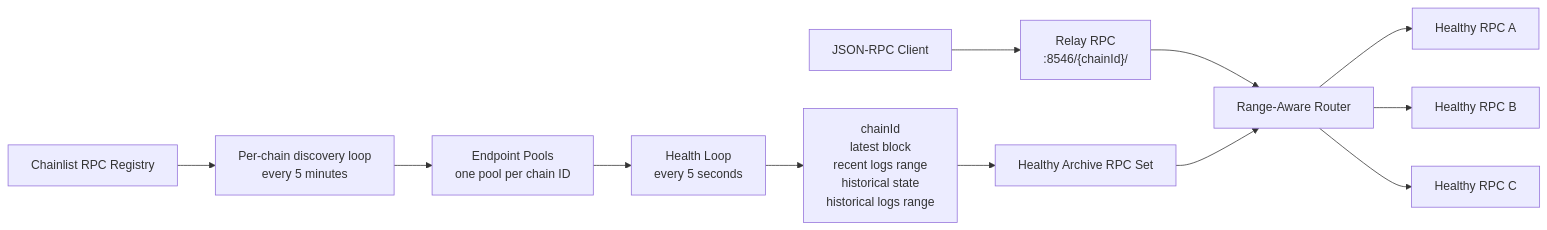
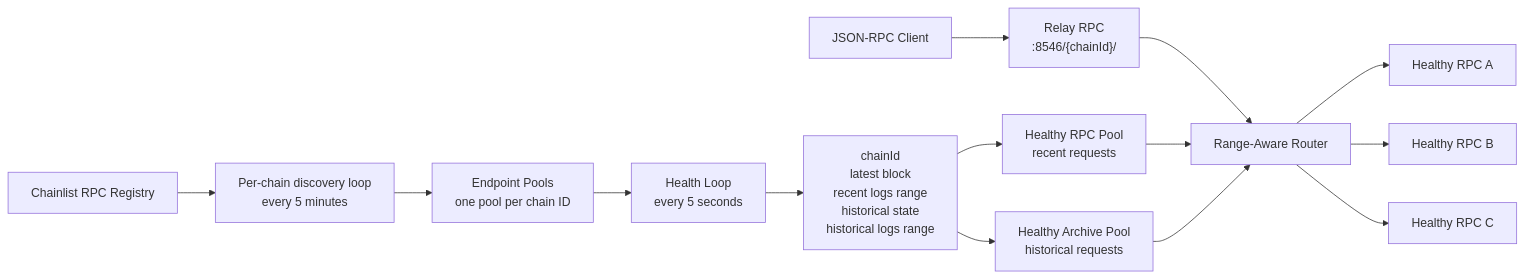
The first of 3 diagrams in README.md (luen-eth/relay-rpc), drawn with Mermaid before and after one commit. The commit also changed other lines of this file and 8 other files, not shown here.

Commit message:
Add configurable health interval and RPC pool routing

````diff
--- a/README.md
+++ b/README.md
@@ -29,14 +29,16 @@
 ```mermaid
 flowchart LR
   Chainlist["Chainlist RPC Registry"] --> Discovery["Per-chain discovery loop<br/>every 5 minutes"]
   Discovery --> Pool["Endpoint Pools<br/>one pool per chain ID"]
   Pool --> Health["Health Loop<br/>every 5 seconds"]
   Health --> Checks["chainId<br/>latest block<br/>recent logs range<br/>historical state<br/>historical logs range"]
-  Checks --> Healthy["Healthy Archive RPC Set"]
+  Checks --> RpcPool["Healthy RPC Pool<br/>recent requests"]
+  Checks --> ArchivePool["Healthy Archive Pool<br/>historical requests"]
   Client["JSON-RPC Client"] --> Relay["Relay RPC<br/>:8546/{chainId}/"]
   Relay --> Router["Range-Aware Router"]
-  Healthy --> Router
+  RpcPool --> Router
+  ArchivePool --> Router
   Router --> RPC1["Healthy RPC A"]
   Router --> RPC2["Healthy RPC B"]
   Router --> RPC3["Healthy RPC C"]
 ```
````
